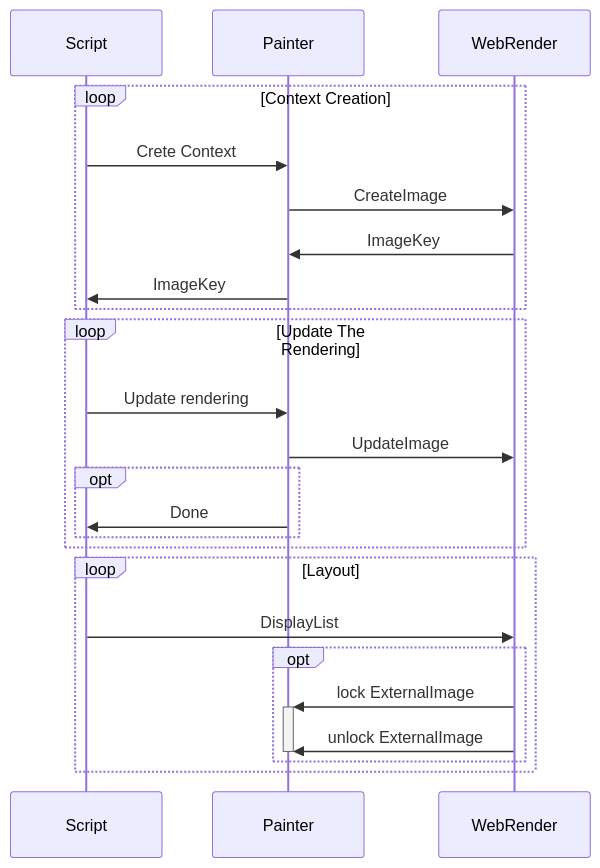
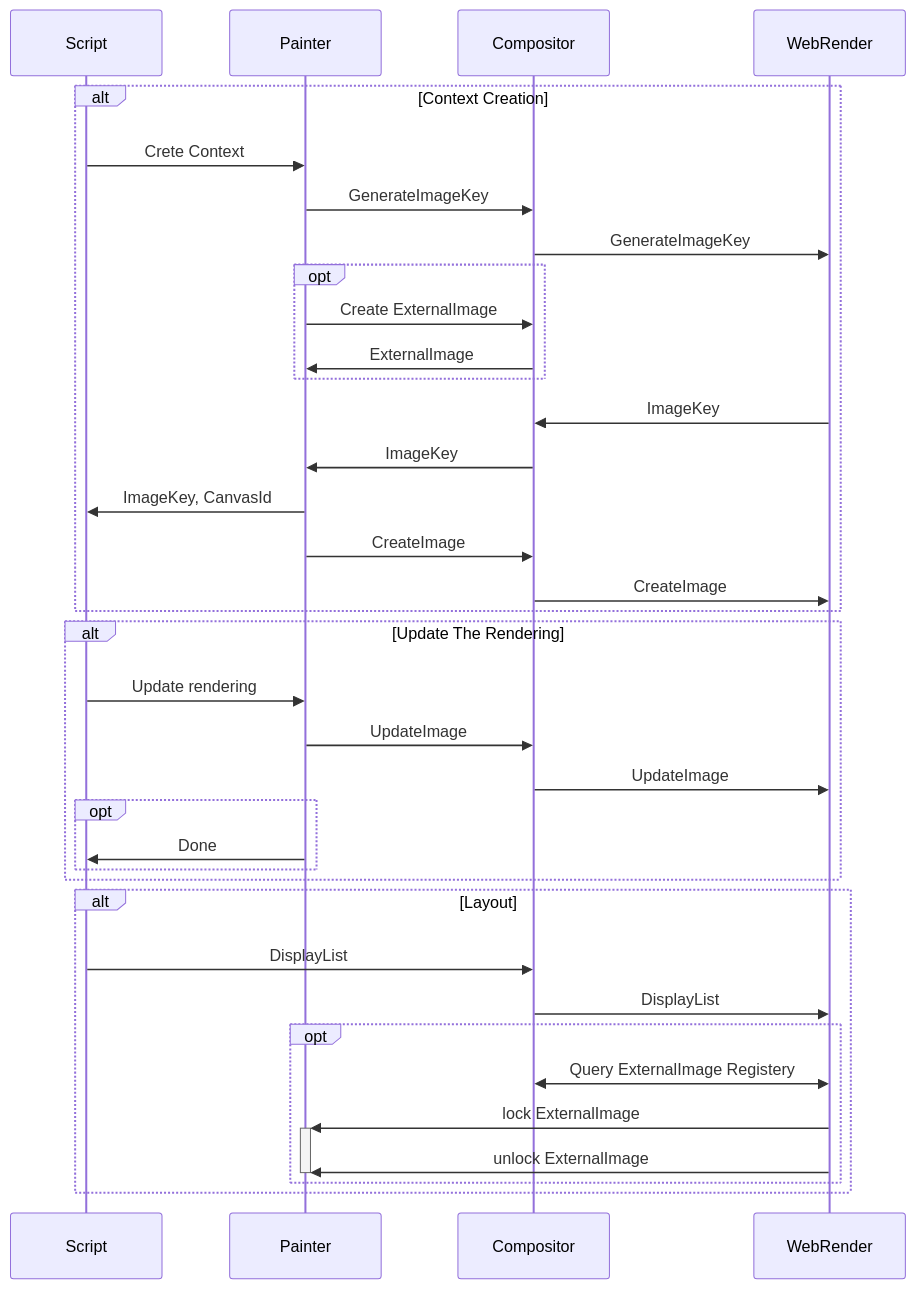
The second of 7 diagrams in src/architecture/canvas.md (servo/book), drawn with Mermaid before and after one commit. The commit also changed other lines of this file, not shown here.

Commit message:
compositor

````diff
--- a/src/architecture/canvas.md
+++ b/src/architecture/canvas.md
@@ -59,26 +61,41 @@
 ```mermaid
 sequenceDiagram
-    loop Context Creation
+    alt Context Creation
         Script->>Painter: Crete Context
-        Painter->>WebRender: CreateImage
-        WebRender->>Painter: ImageKey
-        Painter->>Script: ImageKey
+        Painter->>Compositor: GenerateImageKey
+        Compositor->>WebRender: GenerateImageKey
+
+        opt
+            Painter->>Compositor: Create ExternalImage
+            Compositor->>Painter: ExternalImage
+        end
+
+        WebRender->>Compositor: ImageKey
+        Compositor->>Painter: ImageKey
+        Painter->>Script: ImageKey, CanvasId
+
+        Painter->>Compositor: CreateImage
+        Compositor->>WebRender: CreateImage
+        
     end
 
-    loop Update The Rendering
+    alt Update The Rendering
         Script->>Painter:Update rendering
-        Painter->>WebRender: UpdateImage
+        Painter->>Compositor: UpdateImage
+        Compositor->>WebRender: UpdateImage
         opt
             Painter->>Script: Done
         end
     end
 
-    loop Layout
-        Script->>WebRender: DisplayList
+    alt Layout
+        Script->>Compositor: DisplayList
+        Compositor->>WebRender: DisplayList
         opt
+            Compositor<<->>WebRender: Query ExternalImage Registery
             WebRender->>+Painter: lock ExternalImage
             WebRender->>Painter: unlock ExternalImage
             deactivate Painter
         end
     end
 ```
````
